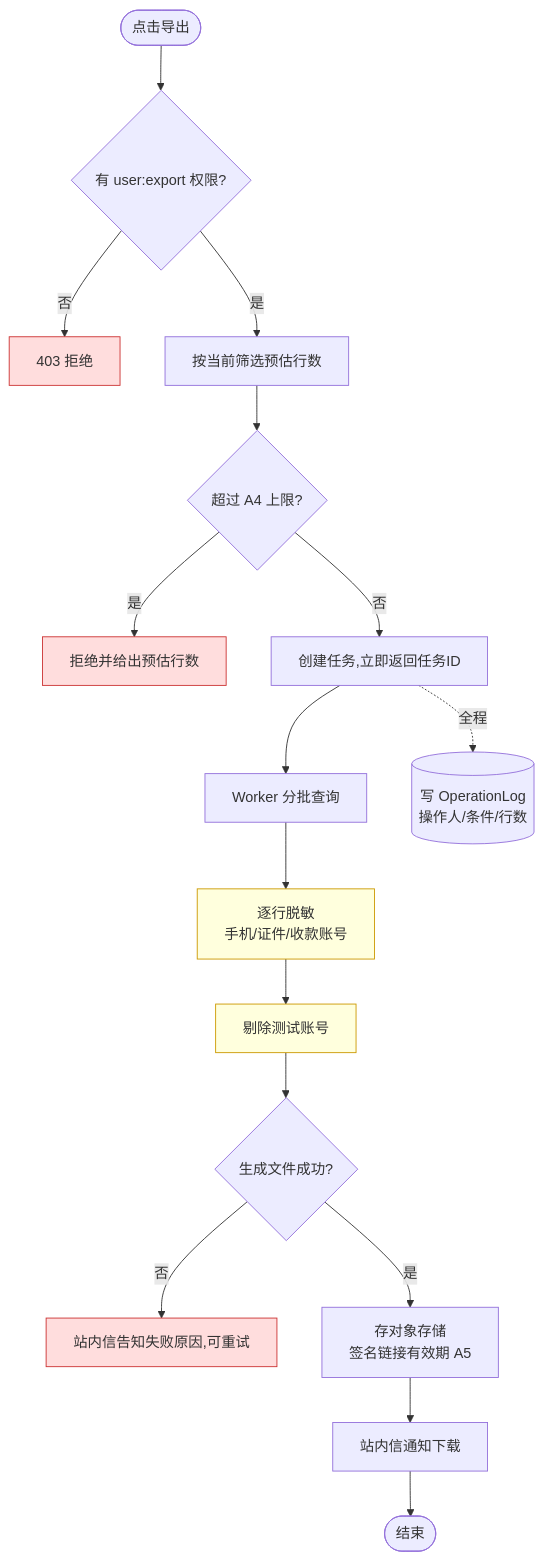
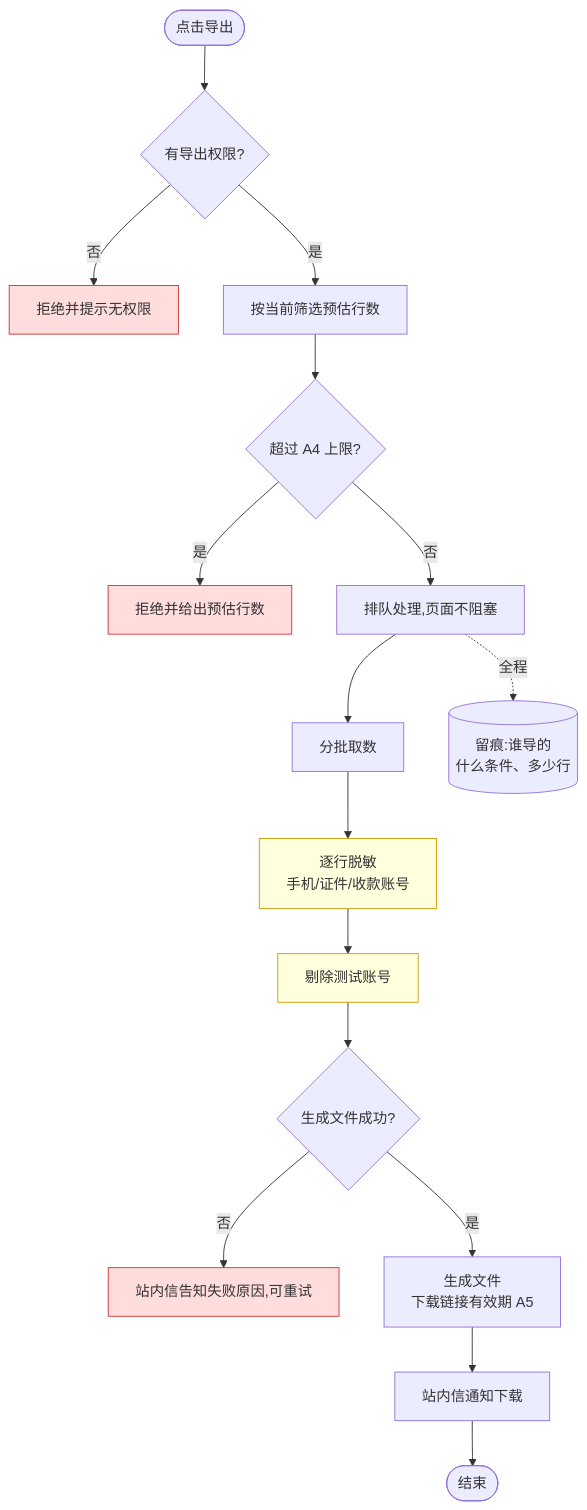
The second of 3 diagrams in M2-用户管理/2.1-用户列表/README.md (bingo-lab-1/bingo-figma), drawn with Mermaid before and after one commit. The commit also changed other lines of this file and 4 other files, not shown here.

````diff
--- a/M2-用户管理/2.1-用户列表/README.md
+++ b/M2-用户管理/2.1-用户列表/README.md
@@ -213,24 +213,24 @@
 ```mermaid
 flowchart TD
-    S([点击导出]) --> P{有 user:export 权限?}
-    P -- 否 --> X1[403 拒绝]
+    S([点击导出]) --> P{有导出权限?}
+    P -- 否 --> X1[拒绝并提示无权限]
     P -- 是 --> C[按当前筛选预估行数]
     C --> L{超过 A4 上限?}
     L -- 是 --> X2[拒绝并给出预估行数]
-    L -- 否 --> T[创建任务,立即返回任务ID]
-    T --> W[Worker 分批查询]
+    L -- 否 --> T[排队处理,页面不阻塞]
+    T --> W[分批取数]
     W --> M[逐行脱敏<br/>手机/证件/收款账号]
     M --> F[剔除测试账号]
     F --> O{生成文件成功?}
     O -- 否 --> X3[站内信告知失败原因,可重试]
-    O -- 是 --> U[存对象存储<br/>签名链接有效期 A5]
+    O -- 是 --> U[生成文件<br/>下载链接有效期 A5]
     U --> N[站内信通知下载]
     N --> E([结束])
-    T -.全程.-> LOG[(写 OperationLog<br/>操作人/条件/行数)]
+    T -.全程.-> LOG[(留痕:谁导的<br/>什么条件、多少行)]
 
     style X1 fill:#fdd,stroke:#c33
     style X2 fill:#fdd,stroke:#c33
     style X3 fill:#fdd,stroke:#c33
     style M fill:#ffd,stroke:#c90
     style F fill:#ffd,stroke:#c90
 ```
````
